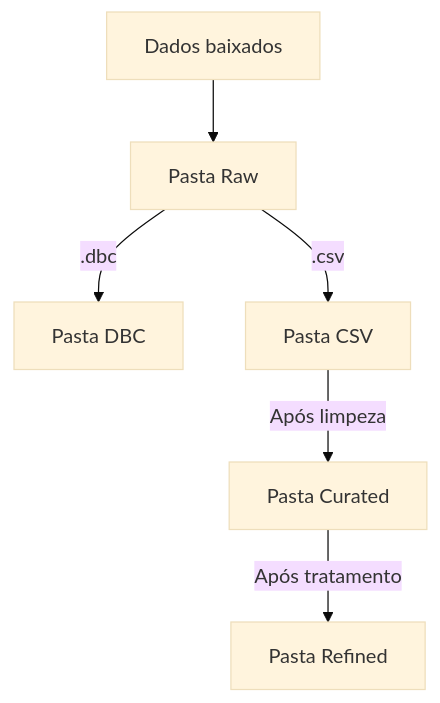
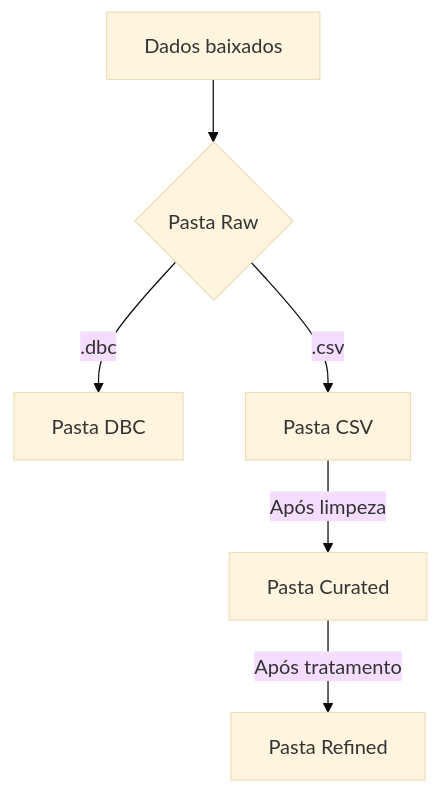
Before and after one commit to IBTI-DF/SIGFAPDF: the diagram in IBTIsus/README.md, drawn with Mermaid (base theme).

````diff
--- a/IBTIsus/README.md
+++ b/IBTIsus/README.md
@@ -9,9 +9,9 @@
 ```mermaid
 graph TB
-A[Dados baixados] --> B[Pasta Raw]
+A[Dados baixados] --> B{Pasta Raw}
 B -- .dbc --> C[Pasta DBC]
 B -- .csv --> D[Pasta CSV]
 D -- Após limpeza --> E[Pasta Curated]
 E -- Após tratamento --> F[Pasta Refined]
 
 ```
````
